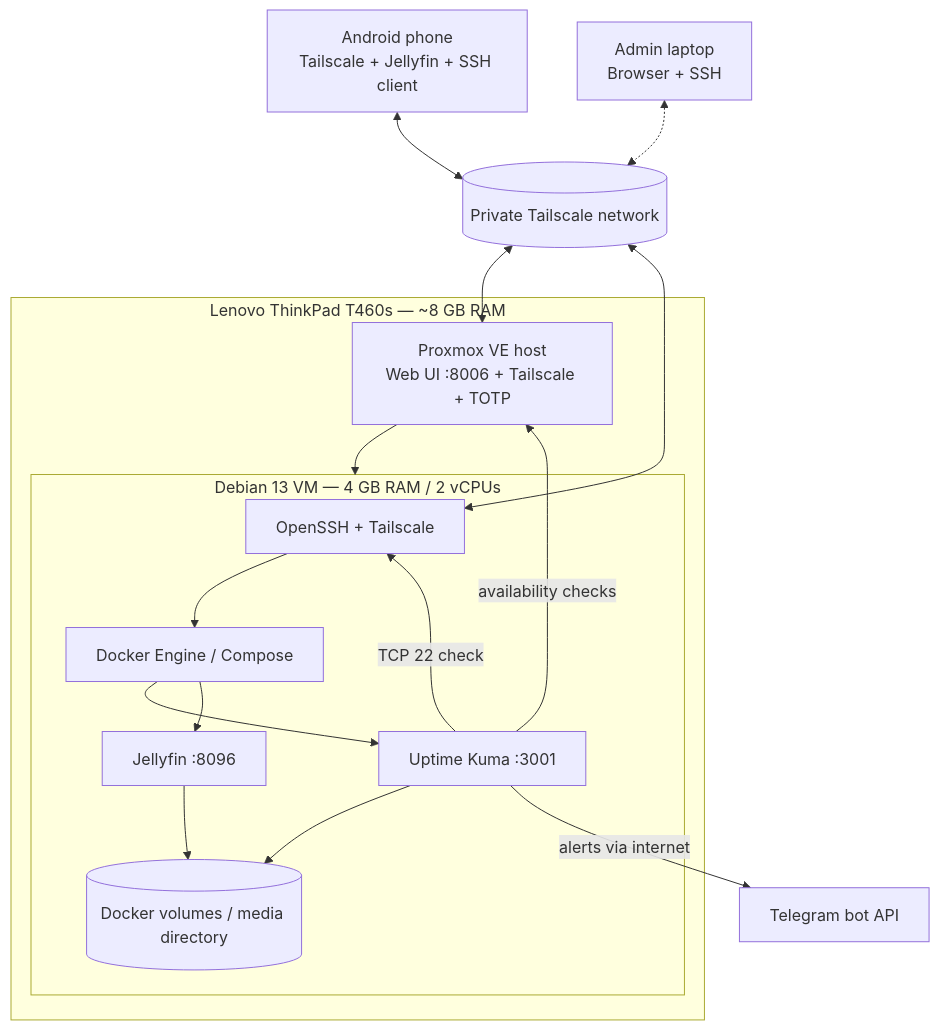
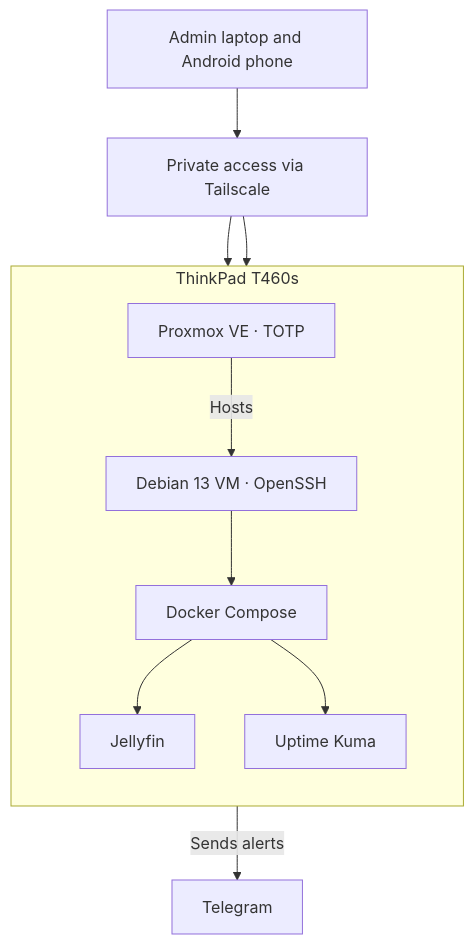
Before and after one commit to changemk/proxmox-homelab: the diagram in README.md, drawn with Mermaid. The commit also changed other lines of this file, not shown here.

````diff
--- a/README.md
+++ b/README.md
@@ -33,29 +22,18 @@
 ```mermaid
 flowchart TB
-    Phone[Android phone\nTailscale + Jellyfin + SSH client]
-    Laptop[Admin laptop\nBrowser + SSH]
-    Tailnet[(Private Tailscale network)]
-    Phone <--> Tailnet
-    Laptop <-.-> Tailnet
-    Tailnet <--> Host
-    Tailnet <--> Debian
-    subgraph Physical[Lenovo ThinkPad T460s — ~8 GB RAM]
-        Host[Proxmox VE host\nWeb UI :8006 + Tailscale + TOTP]
-        subgraph VM[Debian 13 VM — 4 GB RAM / 2 vCPUs]
-            Debian[OpenSSH + Tailscale]
-            Docker[Docker Engine / Compose]
-            Kuma[Uptime Kuma :3001]
-            Jellyfin[Jellyfin :8096]
-            Storage[(Docker volumes / media directory)]
-            Debian --> Docker
-            Docker --> Kuma
-            Docker --> Jellyfin
-            Kuma --> Storage
-            Jellyfin --> Storage
-        end
-        Host --> VM
+    Client["Admin laptop and Android phone"] --> Tailnet["Private access via Tailscale"]
+
+    subgraph Lab["ThinkPad T460s"]
+        direction TB
+        PVE["Proxmox VE · TOTP"]
+        VM["Debian 13 VM · OpenSSH"]
+        PVE -->|"Hosts"| VM
+        VM --> Docker["Docker Compose"]
+        Docker --> Jellyfin["Jellyfin"]
+        Docker --> Kuma["Uptime Kuma"]
     end
-    Kuma -- availability checks --> Host
-    Kuma -- TCP 22 check --> Debian
-    Kuma -- alerts via internet --> Telegram[Telegram bot API]
+
+    Tailnet --> PVE
+    Tailnet --> VM
+    Kuma -->|"Sends alerts"| Telegram["Telegram"]
 ```
````
